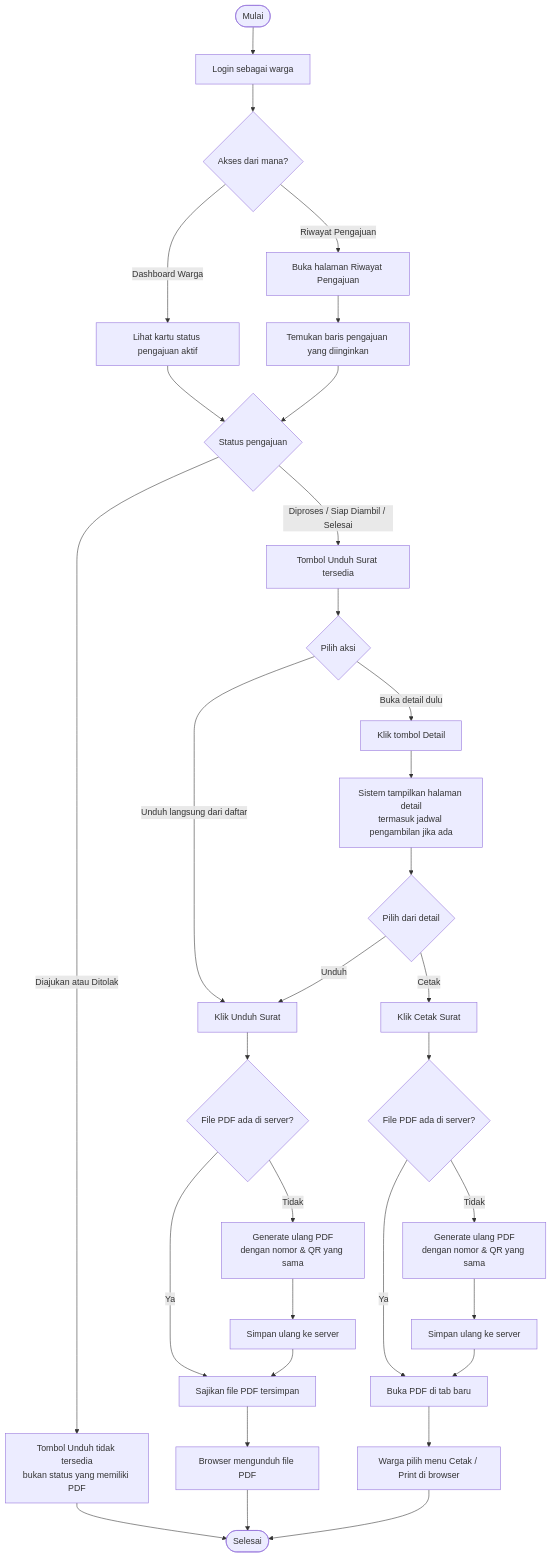
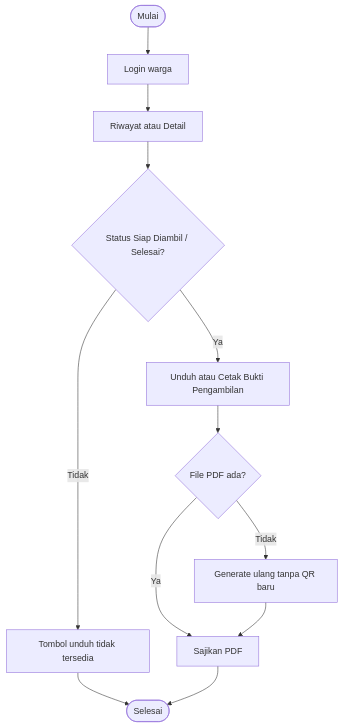
The diagram in docs/user-docs/diagrams/activity/ad-08-unduh-cetak-surat.md (ZulfikarHD/sistem-desa), drawn with Mermaid before and after one commit. The commit also changed other lines of this file and 74 other files, not shown here.

First line of the commit message:
feat(surat): ubah PDF jadi bukti pengambilan dan tambah Pengaturan Desa

````diff
--- a/docs/user-docs/diagrams/activity/ad-08-unduh-cetak-surat.md
+++ b/docs/user-docs/diagrams/activity/ad-08-unduh-cetak-surat.md
@@ -23,40 +19,14 @@
 ```mermaid
 flowchart TD
-    Start([Mulai]) --> A[Login sebagai warga]
-    A --> B{Akses dari mana?}
-    B -->|"Dashboard Warga"| C[Lihat kartu status pengajuan aktif]
-    B -->|"Riwayat Pengajuan"| D[Buka halaman Riwayat Pengajuan]
-    D --> E[Temukan baris pengajuan yang diinginkan]
-
-    C --> F{Status pengajuan}
-    E --> F
-
-    F -->|"Diajukan atau Ditolak"| G[Tombol Unduh tidak tersedia\nbukan status yang memiliki PDF]
-    G --> End([Selesai])
-
-    F -->|"Diproses / Siap Diambil / Selesai"| H[Tombol Unduh Surat tersedia]
-    H --> I{Pilih aksi}
-
-    I -->|"Unduh langsung dari daftar"| J[Klik Unduh Surat]
-    I -->|"Buka detail dulu"| K[Klik tombol Detail]
-    K --> L[Sistem tampilkan halaman detail\ntermasuk jadwal pengambilan jika ada]
-    L --> M{Pilih dari detail}
-    M -->|"Unduh"| J
-    M -->|"Cetak"| N[Klik Cetak Surat]
-
-    J --> O{File PDF ada di server?}
-    O -->|Ya| P[Sajikan file PDF tersimpan]
-    O -->|Tidak| Q[Generate ulang PDF\ndengan nomor & QR yang sama]
-    Q --> R[Simpan ulang ke server]
-    R --> P
-    P --> S[Browser mengunduh file PDF]
-    S --> End
-
-    N --> T{File PDF ada di server?}
-    T -->|Ya| U[Buka PDF di tab baru]
-    T -->|Tidak| V[Generate ulang PDF\ndengan nomor & QR yang sama]
-    V --> W[Simpan ulang ke server]
-    W --> U
-    U --> X[Warga pilih menu Cetak / Print di browser]
-    X --> End
+    Start([Mulai]) --> A[Login warga]
+    A --> B[Riwayat atau Detail]
+    B --> C{Status Siap Diambil / Selesai?}
+    C -->|Tidak| D[Tombol unduh tidak tersedia]
+    D --> End([Selesai])
+    C -->|Ya| E[Unduh atau Cetak Bukti Pengambilan]
+    E --> F{File PDF ada?}
+    F -->|Ya| G[Sajikan PDF]
+    F -->|Tidak| H[Generate ulang tanpa QR baru]
+    H --> G
+    G --> End
 ```
````
